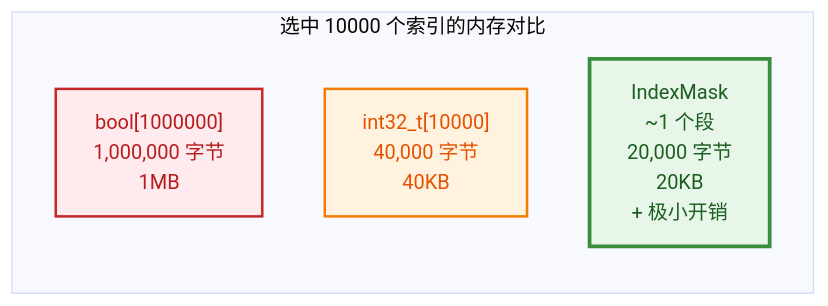
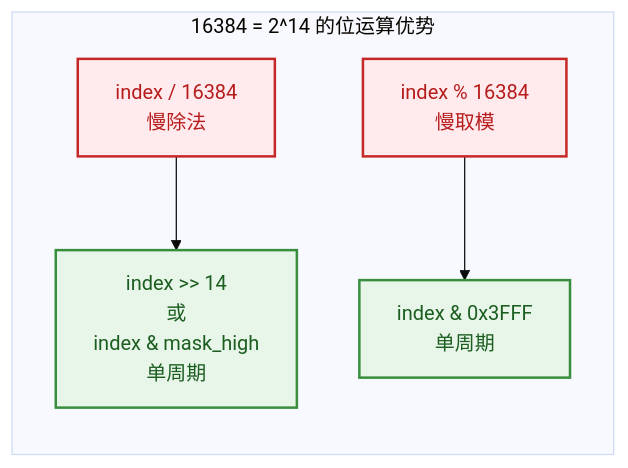
One commit to yunkezengren/blender-.vscode changed the second of 18 diagrams in 杂/markdown/学习节点/基础库/04_IndexMask_深度解析.md. Above: the diagram before and after it, drawn with Mermaid (base theme). The commit also changed other lines of this file and 1 other file, not shown here.

````diff
--- a/杂/markdown/学习节点/基础库/04_IndexMask_深度解析.md
+++ b/杂/markdown/学习节点/基础库/04_IndexMask_深度解析.md
@@ -67,12 +133,12 @@
 ```mermaid
 flowchart LR
-    subgraph 内存对比["选中 10000 个索引的内存对比"]
-        A["bool[1000000]<br/>1,000,000 字节<br/>1MB"] 
-        B["int32_t[10000]<br/>40,000 字节<br/>40KB"]
-        C["IndexMask<br/>~1 个段<br/>20,000 字节<br/>20KB<br/>+ 极小开销"]
+    subgraph 位运算优化["16384 = 2^14 的位运算优势"]
+        A["index / 16384<br/>慢除法"] --> B["index >> 14<br/>或<br/>index & mask_high<br/>单周期"]
+        C["index % 16384<br/>慢取模"] --> D["index & 0x3FFF<br/>单周期"]
     end
 
     style A fill:#ffebee,stroke:#c62828,stroke-width:2px,color:#b71c1c
-    style B fill:#fff3e0,stroke:#f57c00,stroke-width:2px,color:#e65100
-    style C fill:#e8f5e9,stroke:#388e3c,stroke-width:3px,color:#1b5e20
+    style C fill:#ffebee,stroke:#c62828,stroke-width:2px,color:#b71c1c
+    style B fill:#e8f5e9,stroke:#388e3c,stroke-width:2px,color:#1b5e20
+    style D fill:#e8f5e9,stroke:#388e3c,stroke-width:2px,color:#1b5e20
 ```
````
